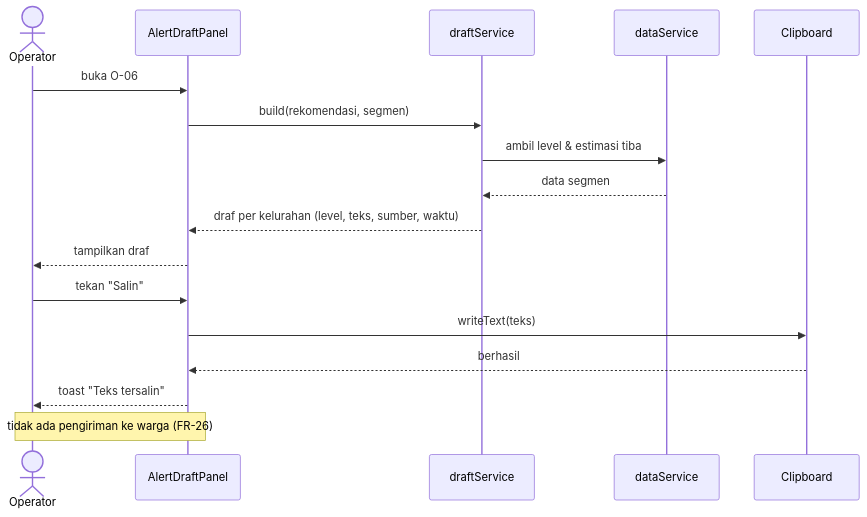
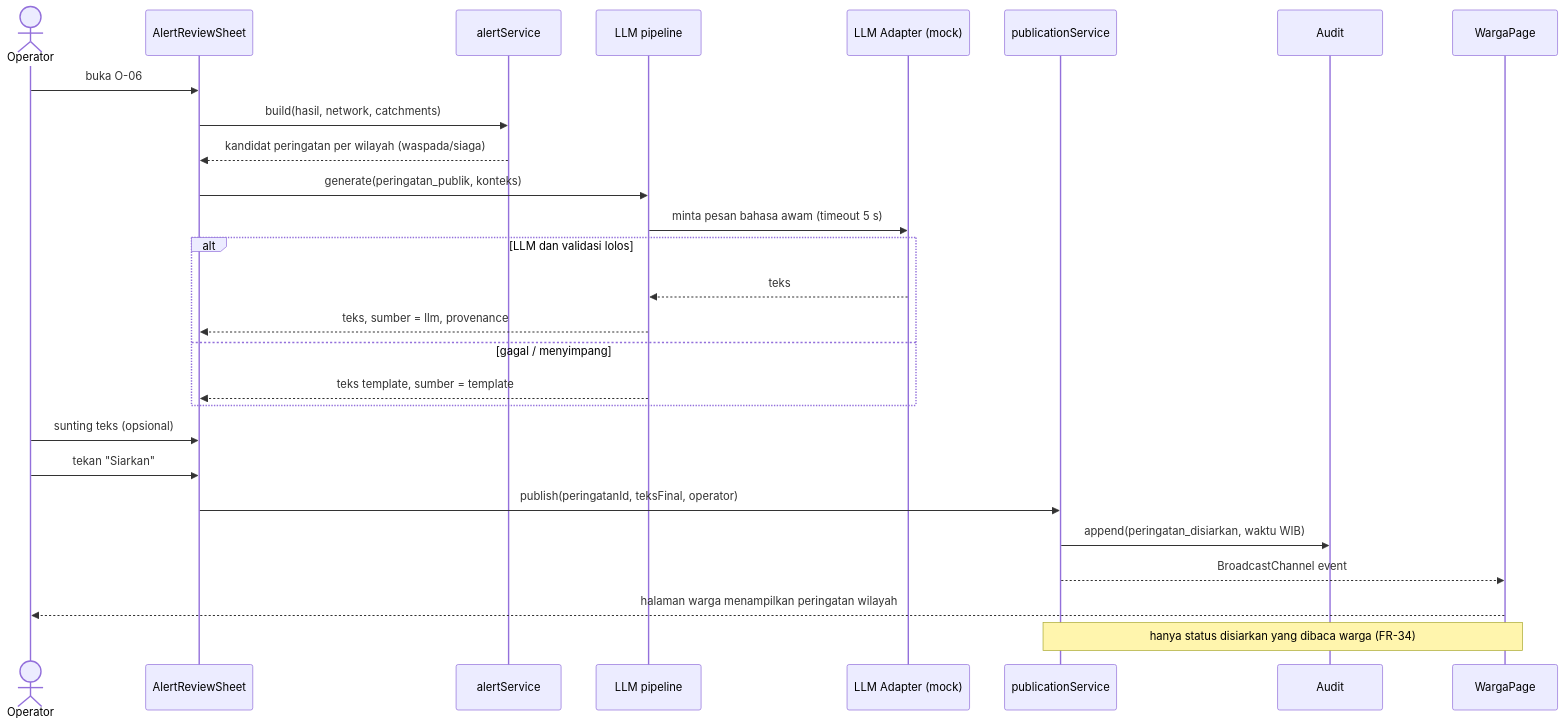
Before and after one commit to argonurcahyo/si_bridges: the fourth of 6 diagrams in docs/architecture/sequence.md, drawn with Mermaid. The commit also changed other lines of this file and 126 other files, not shown here.

````diff
--- a/docs/architecture/sequence.md
+++ b/docs/architecture/sequence.md
@@ -87,20 +87,30 @@
 ```mermaid
 sequenceDiagram
     actor OP as Operator
-    participant AP as AlertDraftPanel
-    participant DS as draftService
-    participant DATA as dataService
-    participant CLIP as Clipboard
+    participant AR as AlertReviewSheet
+    participant AS as alertService
+    participant NS as LLM pipeline
+    participant LLM as LLM Adapter (mock)
+    participant PS as publicationService
+    participant AU as Audit
+    participant WG as WargaPage
 
-    OP->>AP: buka O-06
-    AP->>DS: build(rekomendasi, segmen)
-    DS->>DATA: ambil level & estimasi tiba
-    DATA-->>DS: data segmen
-    DS-->>AP: draf per kelurahan (level, teks, sumber, waktu)
-    AP-->>OP: tampilkan draf
-    OP->>AP: tekan "Salin"
-    AP->>CLIP: writeText(teks)
-    CLIP-->>AP: berhasil
-    AP-->>OP: toast "Teks tersalin"
-    Note over AP,OP: tidak ada pengiriman ke warga (FR-26)
+    OP->>AR: buka O-06
+    AR->>AS: build(hasil, network, catchments)
+    AS-->>AR: kandidat peringatan per wilayah (waspada/siaga)
+    AR->>NS: generate(peringatan_publik, konteks)
+    NS->>LLM: minta pesan bahasa awam (timeout 5 s)
+    alt LLM dan validasi lolos
+        LLM-->>NS: teks
+        NS-->>AR: teks, sumber = llm, provenance
+    else gagal / menyimpang
+        NS-->>AR: teks template, sumber = template
+    end
+    OP->>AR: sunting teks (opsional)
+    OP->>AR: tekan "Siarkan"
+    AR->>PS: publish(peringatanId, teksFinal, operator)
+    PS->>AU: append(peringatan_disiarkan, waktu WIB)
+    PS-->>WG: BroadcastChannel event
+    WG-->>OP: halaman warga menampilkan peringatan wilayah
+    Note over PS,WG: hanya status disiarkan yang dibaca warga (FR-34)
 ```
````
